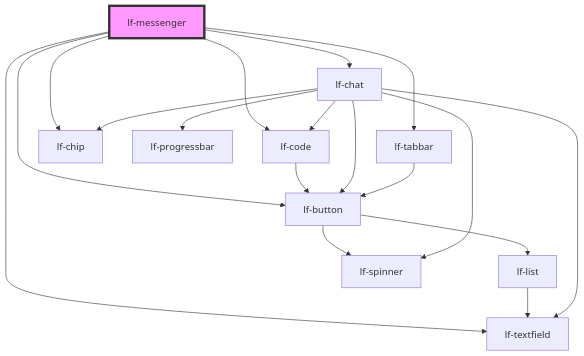
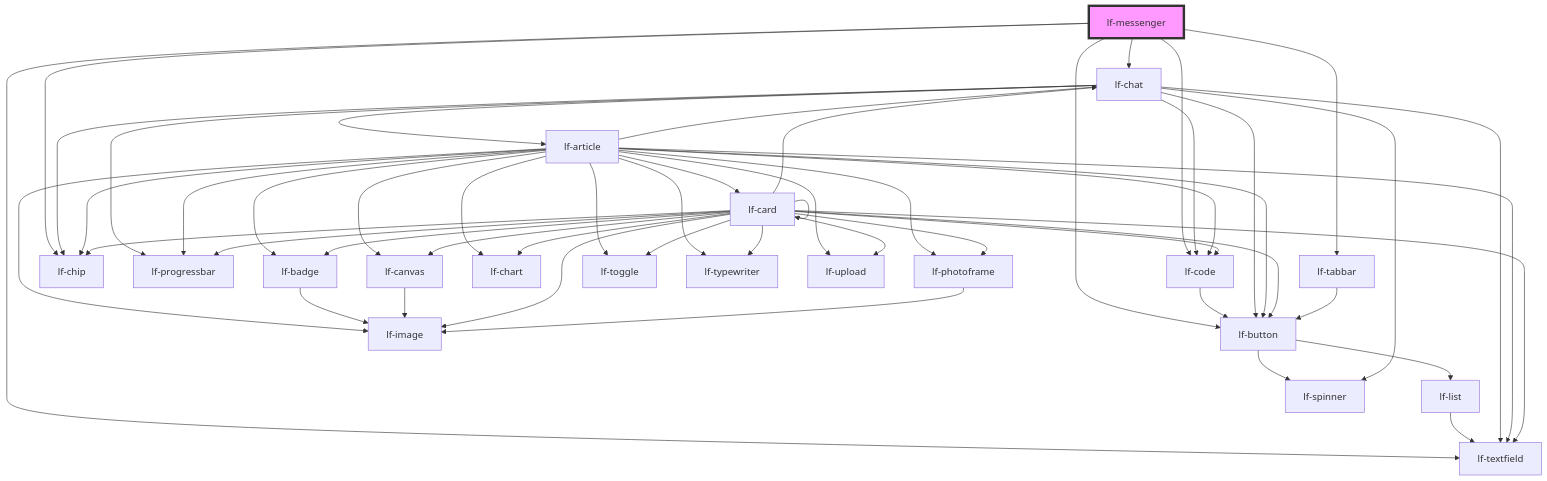
The diagram in packages/core/src/components/lf-messenger/readme.md (lucafoscili/lf-widgets), drawn with Mermaid before and after one commit. The commit also changed 28 other files, not shown here.

````diff
--- a/packages/core/src/components/lf-messenger/readme.md
+++ b/packages/core/src/components/lf-messenger/readme.md
@@ -151,21 +151,55 @@
 ```mermaid
 graph TD;
   lf-messenger --> lf-code
   lf-messenger --> lf-button
   lf-messenger --> lf-chat
   lf-messenger --> lf-tabbar
   lf-messenger --> lf-chip
   lf-messenger --> lf-textfield
   lf-code --> lf-button
   lf-button --> lf-list
   lf-button --> lf-spinner
   lf-list --> lf-textfield
   lf-chat --> lf-spinner
+  lf-chat --> lf-article
   lf-chat --> lf-button
   lf-chat --> lf-chip
   lf-chat --> lf-textfield
   lf-chat --> lf-progressbar
   lf-chat --> lf-code
+  lf-article --> lf-badge
+  lf-article --> lf-button
+  lf-article --> lf-canvas
+  lf-article --> lf-card
+  lf-article --> lf-chart
+  lf-article --> lf-chat
+  lf-article --> lf-chip
+  lf-article --> lf-code
+  lf-article --> lf-image
+  lf-article --> lf-photoframe
+  lf-article --> lf-progressbar
+  lf-article --> lf-textfield
+  lf-article --> lf-toggle
+  lf-article --> lf-typewriter
+  lf-article --> lf-upload
+  lf-badge --> lf-image
+  lf-canvas --> lf-image
+  lf-card --> lf-badge
+  lf-card --> lf-button
+  lf-card --> lf-canvas
+  lf-card --> lf-card
+  lf-card --> lf-chart
+  lf-card --> lf-chat
+  lf-card --> lf-chip
+  lf-card --> lf-code
+  lf-card --> lf-image
+  lf-card --> lf-photoframe
+  lf-card --> lf-progressbar
+  lf-card --> lf-textfield
+  lf-card --> lf-toggle
+  lf-card --> lf-typewriter
+  lf-card --> lf-upload
+  lf-photoframe --> lf-image
   lf-tabbar --> lf-button
   style lf-messenger fill:#f9f,stroke:#333,stroke-width:4px
 ```
````
